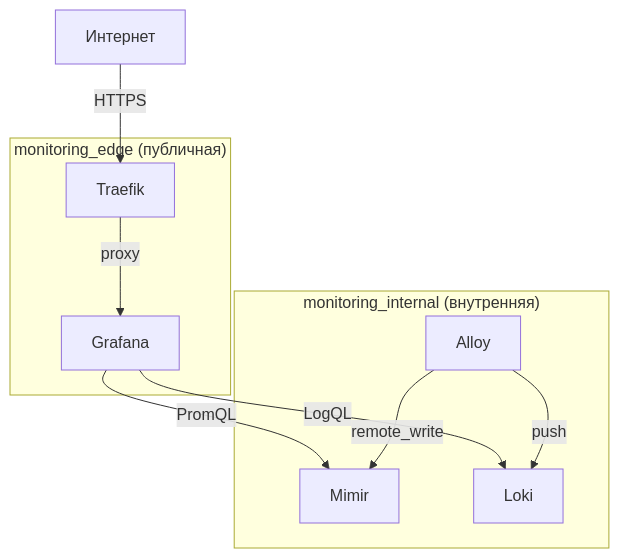
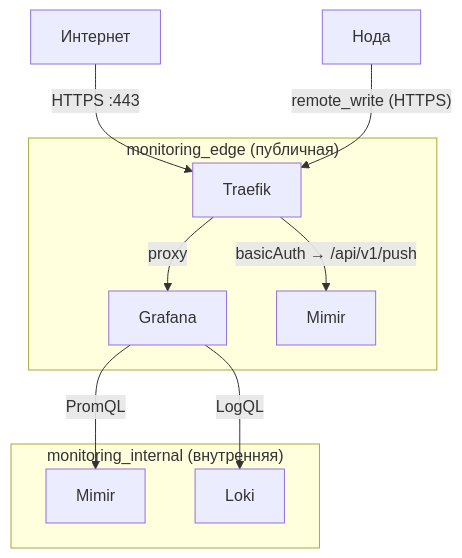
Before and after one commit to RCAgen1/RCAgent: the second of 2 diagrams in docs/monitoring.ru.md, drawn with Mermaid. The commit also changed other lines of this file and 2 other files, not shown here.

First line of the commit message:
feat: monitoring node push — Mimir public endpoint + node deploy config

````diff
--- a/docs/monitoring.ru.md
+++ b/docs/monitoring.ru.md
@@ -52,21 +53,23 @@
 ```mermaid
 graph TB
     Internet[Интернет]
+    Node[Нода]
 
     subgraph edge["monitoring_edge (публичная)"]
         Traefik[Traefik]
         Grafana[Grafana]
+        Mimir_edge[Mimir]
     end
 
     subgraph internal["monitoring_internal (внутренняя)"]
-        Alloy[Alloy]
         Mimir[Mimir]
         Loki[Loki]
     end
 
-    Internet -->|HTTPS| Traefik -->|proxy| Grafana
+    Internet -->|HTTPS :443| Traefik
+    Traefik -->|proxy| Grafana
+    Traefik -->|"basicAuth → /api/v1/push"| Mimir_edge
+    Node -->|"remote_write (HTTPS)"| Traefik
     Grafana -->|PromQL| Mimir
     Grafana -->|LogQL| Loki
-    Alloy -->|remote_write| Mimir
-    Alloy -->|push| Loki
 ```
````
